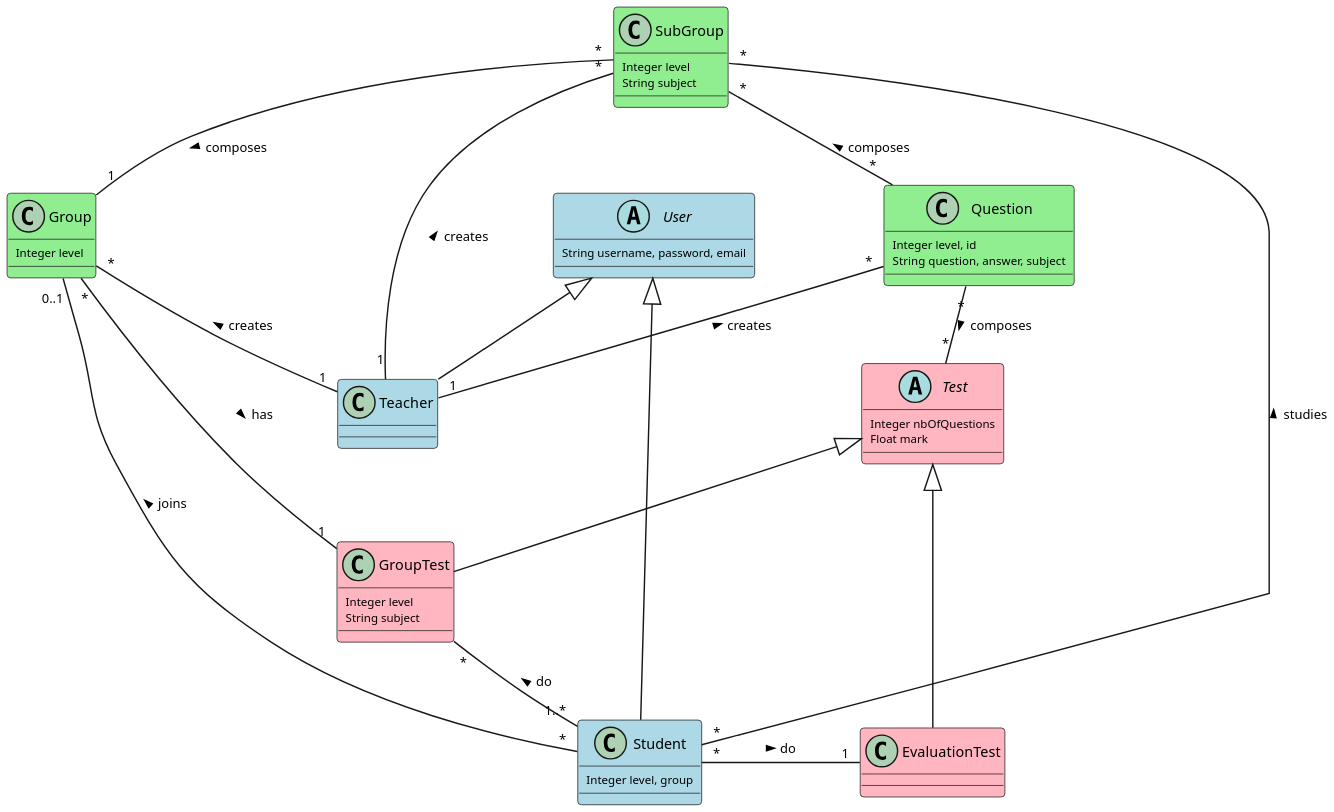
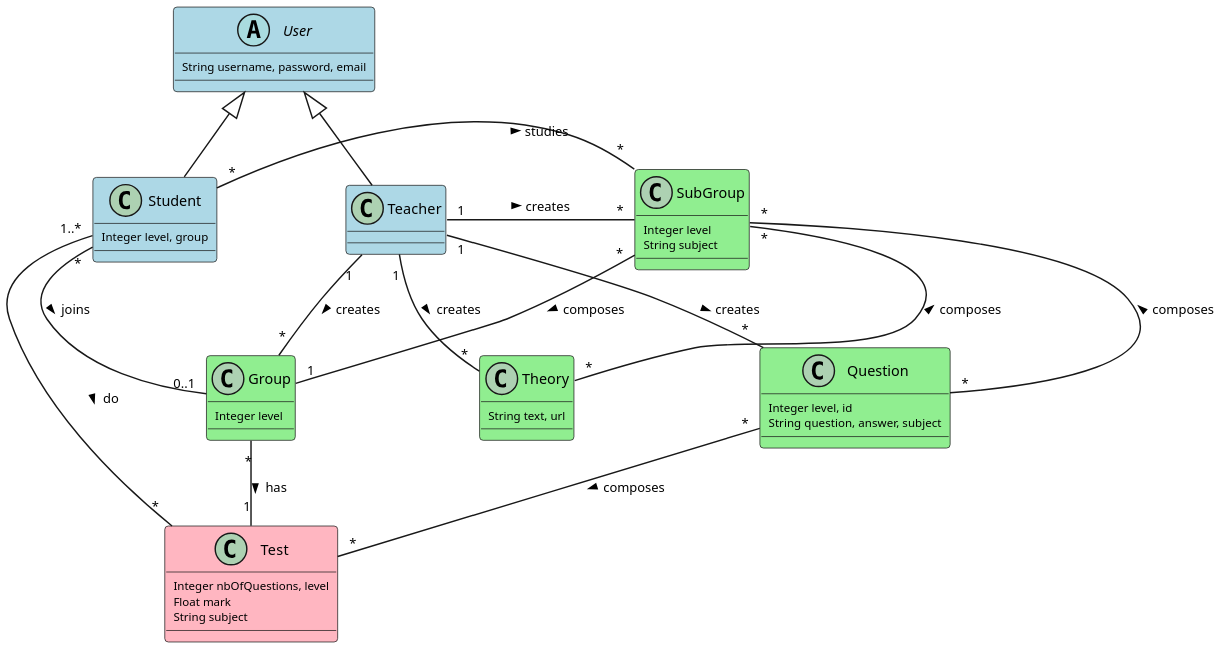
Before and after one commit to UdL-EPS-SoftArch/LearnIT-API: the diagram in UML_diagram.puml, drawn with PlantUML. The commit also changed 2 other files, not shown here.

Commit message:
Version 2 of UML Diagram

```diff
--- a/UML_diagram.puml
+++ b/UML_diagram.puml
@@ -1,68 +1,66 @@
 @startuml
 skinparam dpi 200
 skinparam classAttributeFontSize 8
 skinparam classArrowFontSize 9
 skinparam classFontSize 10
 skinparam nodesep 90
 skinparam ranksep 40
 hide stereotype
 skinparam class {
 	BackgroundColor White
 	BackgroundColor<<Test>> LightPink
 	BackgroundColor<<User>> LightBlue
 	BackgroundColor<<Group>> LightGreen
 }
 
 abstract class User <<User>> {
     String username, password, email
 }
 
 class Teacher <<User>> extends User {
 }
 
 class Student <<User>> extends User {
     Integer level, group
 }
 
-abstract class Test <<Test>> {
-    Integer nbOfQuestions
+class Test <<Test>> {
+    Integer nbOfQuestions, level
     Float mark
+    String subject
 }
 
-class EvaluationTest <<Test>> extends Test {
-}
-
-class GroupTest <<Test>> extends Test {
-    Integer level
-    String subject
+class Theory <<Group>> {
+    String text, url
 }
 
 class Group <<Group>> {
     Integer level
 }
 
 class SubGroup <<Group>> {
     Integer level
     String subject
 }
 
 class Question <<Group>> {
     Integer level, id
     String question, answer, subject
 }
 
-EvaluationTest "1" -left- "*" Student: do <
-GroupTest "*" -- "1..*" Student: do <
-SubGroup "*" -- "*" Student: studies <
-Group "0..1" -- "*" Student: joins <
+Test "*" -left- "1..*" Student: do <
+SubGroup "*" -left- "*" Student: studies <
+Group "0..1" -left- "*" Student: joins <
 
-Group "*" -- "1" Teacher: creates <
-SubGroup "*" -- "1" Teacher: creates <
-Question "*" -- "1" Teacher: creates <
+Group "*" -left- "1" Teacher: creates <
+SubGroup "*" -left- "1" Teacher: creates <
+Question "*" -left- "1" Teacher: creates <
+Theory "*" -left- "1" Teacher: creates <
 
 Question "*" -up- "*" SubGroup: composes >
+Theory "*" -up- "*" SubGroup: composes >
 Group "1" -up- "*" SubGroup: composes <
 
 Question "*" -- "*" Test: composes >
-Group "*" -- "1" GroupTest: has >
+Group "*" -- "1" Test: has >
 @enduml
```
